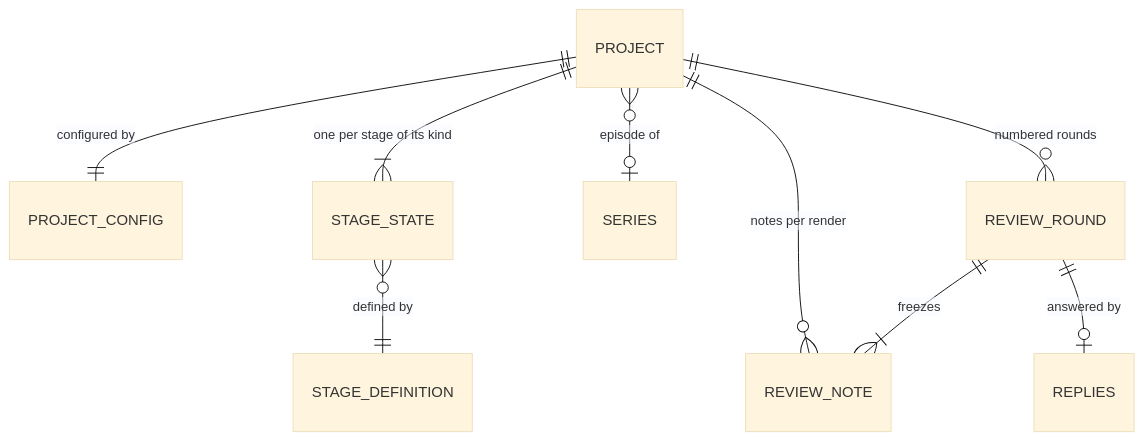
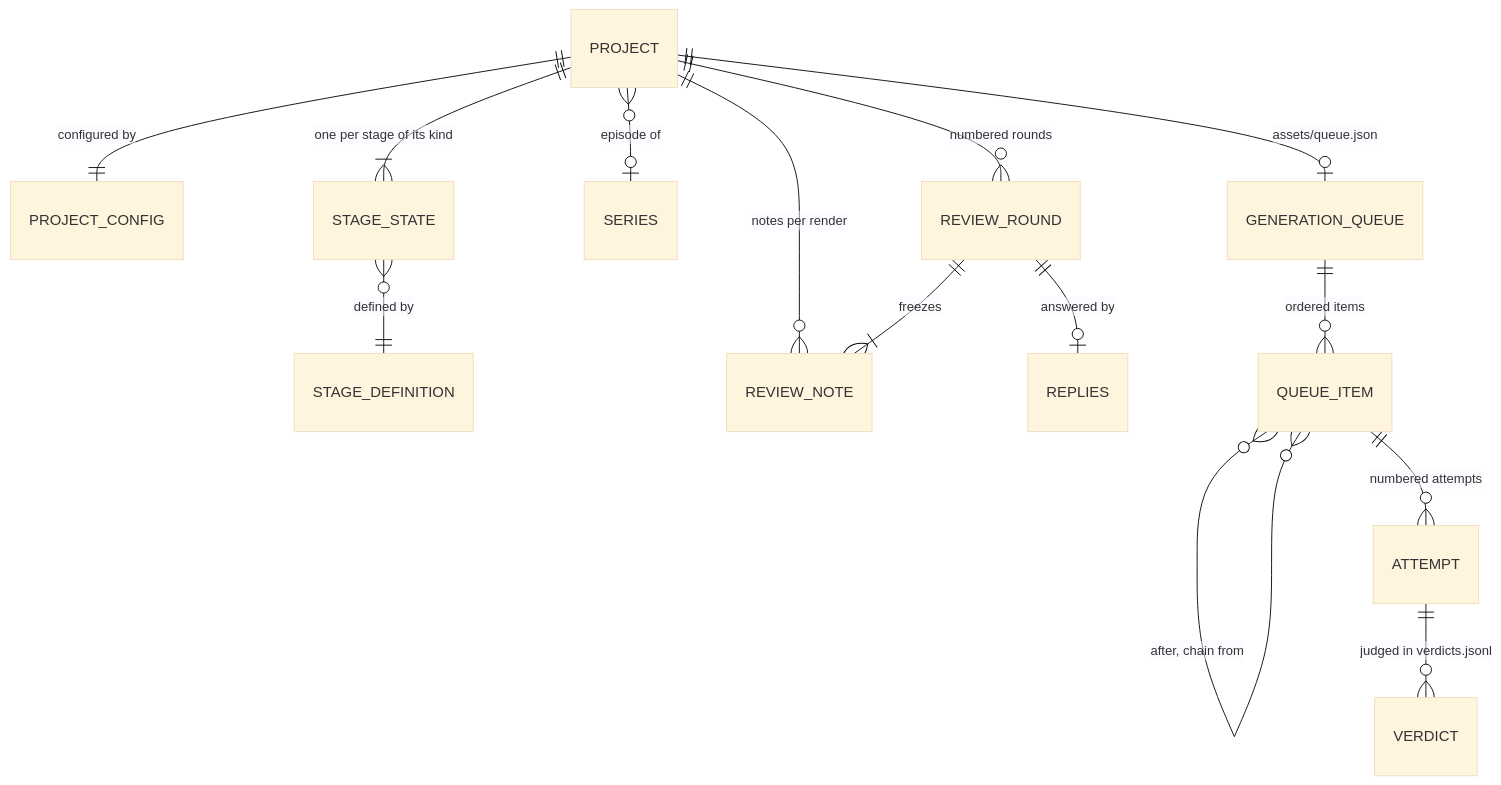
The fourth of 4 diagrams in docs/architecture/data-model.md (hemi1986/coreslopper), drawn with Mermaid (base theme) before and after one commit. The commit also changed other lines of this file and 14 other files, not shown here.

First line of the commit message:
docs: adopt the generation queue and verdicts slice

````diff
--- a/docs/architecture/data-model.md
+++ b/docs/architecture/data-model.md
@@ -123,11 +184,16 @@
 ```mermaid
 erDiagram
   PROJECT ||--|| PROJECT_CONFIG : "configured by"
   PROJECT ||--|{ STAGE_STATE : "one per stage of its kind"
   STAGE_STATE }o--|| STAGE_DEFINITION : "defined by"
   PROJECT }o--o| SERIES : "episode of"
   PROJECT ||--o{ REVIEW_NOTE : "notes per render"
   PROJECT ||--o{ REVIEW_ROUND : "numbered rounds"
   REVIEW_ROUND ||--|{ REVIEW_NOTE : "freezes"
   REVIEW_ROUND ||--o| REPLIES : "answered by"
+  PROJECT ||--o| GENERATION_QUEUE : "assets/queue.json"
+  GENERATION_QUEUE ||--o{ QUEUE_ITEM : "ordered items"
+  QUEUE_ITEM }o--o{ QUEUE_ITEM : "after, chain from"
+  QUEUE_ITEM ||--o{ ATTEMPT : "numbered attempts"
+  ATTEMPT ||--o{ VERDICT : "judged in verdicts.jsonl"
 ```
````
